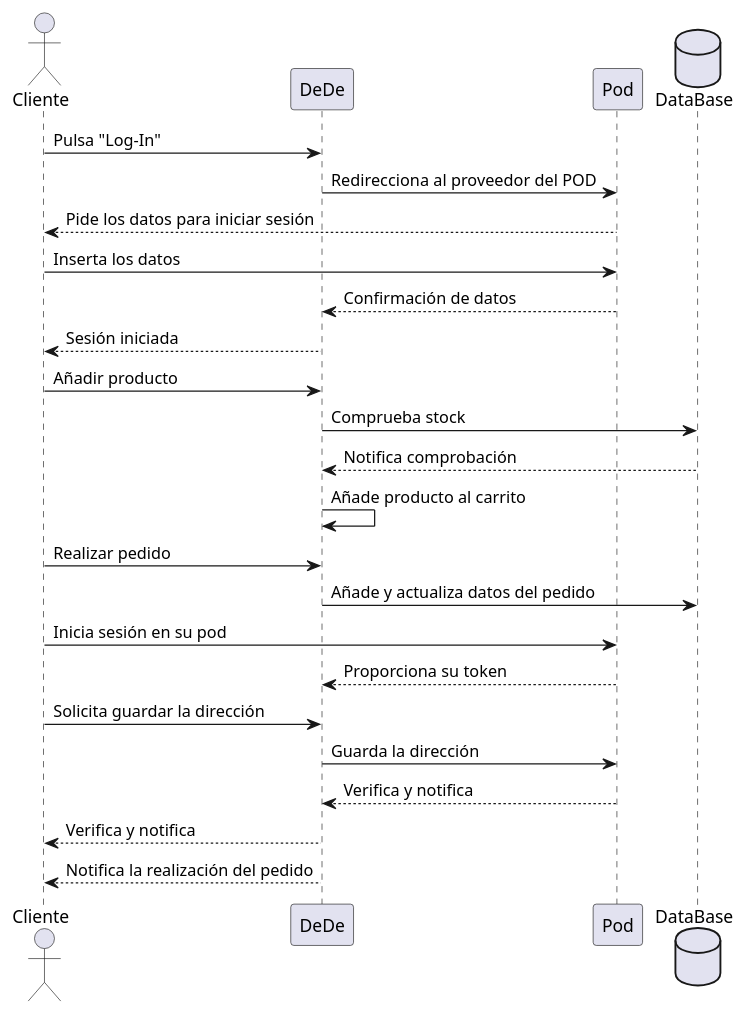
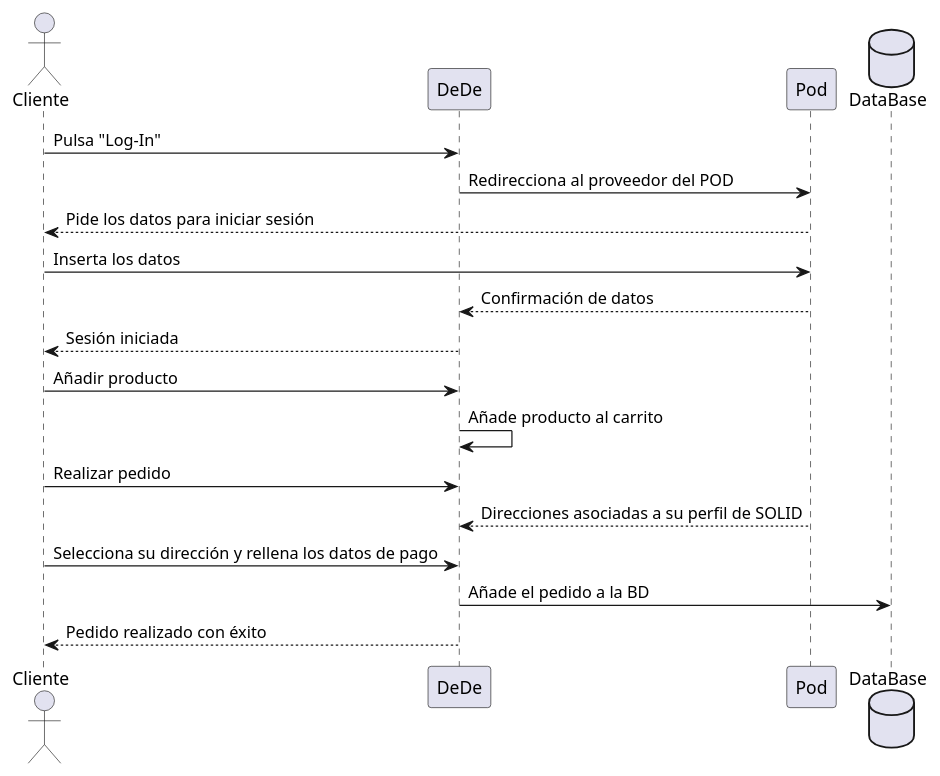
Before and after one commit to Arquisoft/dede_es6b: the third of 4 diagrams in docs/06_runtime_view.adoc, drawn with PlantUML. The commit also changed other lines of this file and 2 other files, not shown here.

Commit message:
Documentación modificada

```diff
--- a/docs/06_runtime_view.adoc
+++ b/docs/06_runtime_view.adoc
@@ -53,26 +53,20 @@
 [plantuml,"06_runtime_pedido",png]
 ----
 actor Cliente
 participant DeDe
 participant Pod
 database DataBase as "DataBase"
 Cliente-> DeDe: Pulsa "Log-In" 
 DeDe -> Pod: Redirecciona al proveedor del POD
 Cliente<-- Pod: Pide los datos para iniciar sesión
 Cliente-> Pod: Inserta los datos
 DeDe <-- Pod: Confirmación de datos
 Cliente<-- DeDe: Sesión iniciada
 Cliente-> DeDe: Añadir producto
-DeDe-> DataBase: Comprueba stock
-DataBase --> DeDe: Notifica comprobación
 DeDe-> DeDe: Añade producto al carrito
 Cliente -> DeDe: Realizar pedido
-DeDe -> DataBase: Añade y actualiza datos del pedido
-Cliente-> Pod: Inicia sesión en su pod
-Pod--> DeDe: Proporciona su token
-Cliente->DeDe: Solicita guardar la dirección
-DeDe -> Pod: Guarda la dirección
-Pod--> DeDe: Verifica y notifica
-DeDe--> Cliente: Verifica y notifica
-DeDe--> Cliente: Notifica la realización del pedido
+DeDe <-- Pod: Direcciones asociadas a su perfil de SOLID
+Cliente -> DeDe: Selecciona su dirección y rellena los datos de pago
+DeDe -> DataBase: Añade el pedido a la BD
+Cliente <-- DeDe: Pedido realizado con éxito
 ----
```
